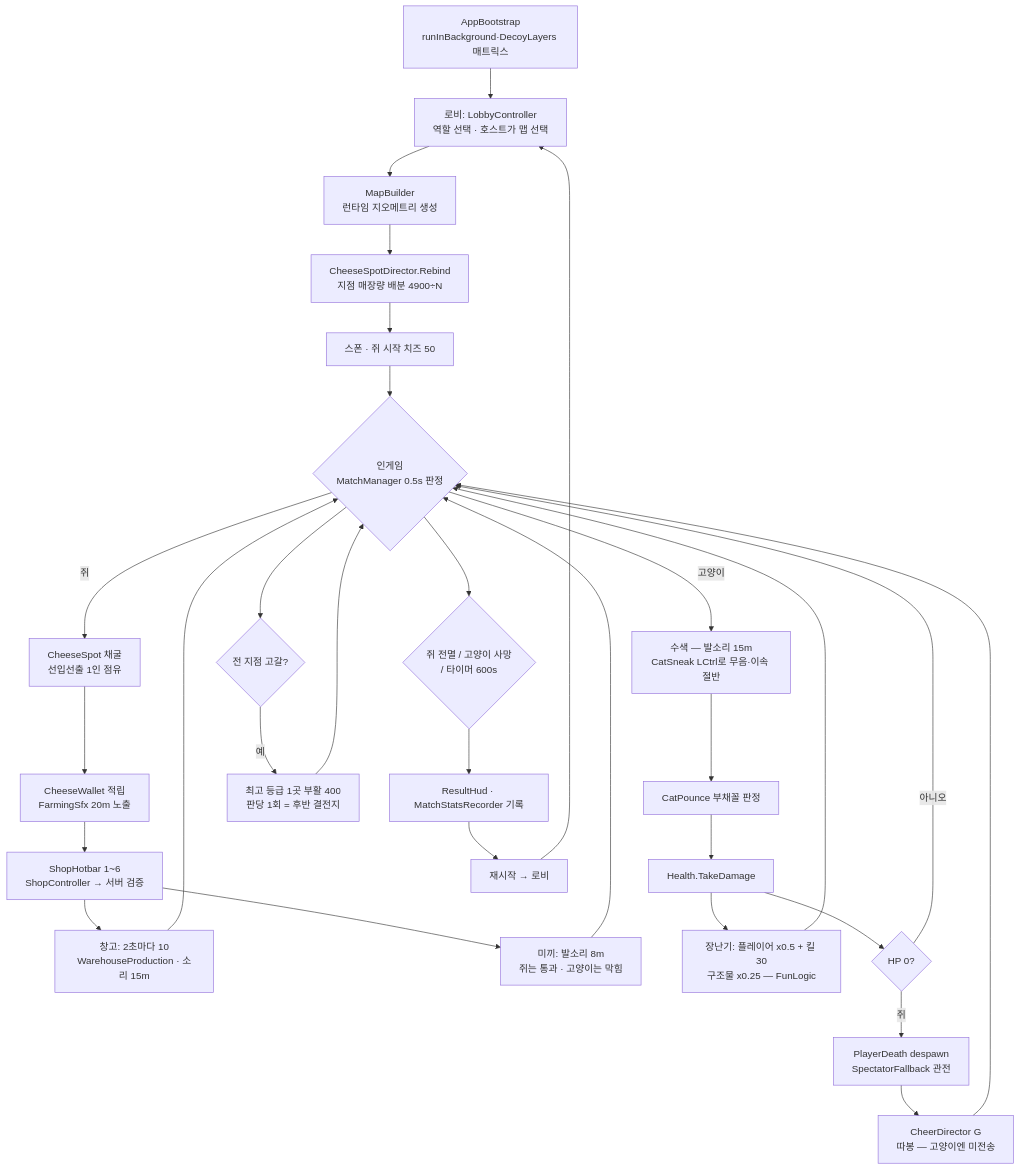
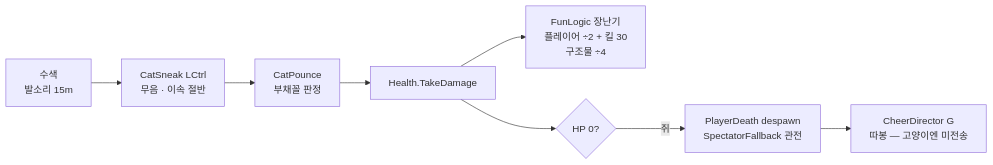
The third of 10 diagrams in CTC/docs/design-vault/코드 다이어그램.md (JeahanPark/The-Cheese-Thief-and-the-Cat), drawn with Mermaid before and after one commit. The commit also changed other lines of this file and 5 other files, not shown here.

First line of the commit message:
docs(vault): 다이어그램을 노트 폭에 맞게 쪼개고 CSS 스니펫 추가

````diff
--- a/CTC/docs/design-vault/코드 다이어그램.md
+++ b/CTC/docs/design-vault/코드 다이어그램.md
@@ -17,38 +44,10 @@
 ```mermaid
-flowchart TD
-    Boot[AppBootstrap<br/>runInBackground·DecoyLayers 매트릭스] --> Lobby
-
-    Lobby[로비: LobbyController<br/>역할 선택 · 호스트가 맵 선택] --> Build[MapBuilder<br/>런타임 지오메트리 생성]
-    Build --> Rebind[CheeseSpotDirector.Rebind<br/>지점 매장량 배분 4900÷N]
-    Rebind --> Spawn[스폰 · 쥐 시작 치즈 50]
-    Spawn --> Loop{인게임<br/>MatchManager 0.5s 판정}
-
-    Loop -->|쥐| Farm[CheeseSpot 채굴<br/>선입선출 1인 점유]
-    Farm --> Wallet[CheeseWallet 적립<br/>FarmingSfx 20m 노출]
-    Wallet --> Buy[ShopHotbar 1~6<br/>ShopController → 서버 검증]
-    Buy --> Ware[창고: 2초마다 10<br/>WarehouseProduction · 소리 15m]
-    Buy --> Decoy[미끼: 발소리 8m<br/>쥐는 통과 · 고양이는 막힘]
-    Ware --> Loop
-    Decoy --> Loop
-
-    Loop -->|고양이| Hunt[수색 — 발소리 15m<br/>CatSneak LCtrl로 무음·이속 절반]
-    Hunt --> Pounce[CatPounce 부채꼴 판정]
+flowchart LR
+    Hunt[수색<br/>발소리 15m] --> Sneak[CatSneak LCtrl<br/>무음 · 이속 절반]
+    Sneak --> Pounce[CatPounce<br/>부채꼴 판정]
     Pounce --> Dmg[Health.TakeDamage]
-    Dmg --> Fun[장난기: 플레이어 x0.5 + 킬 30<br/>구조물 x0.25 — FunLogic]
-    Fun --> Loop
-
+    Dmg --> Fun[FunLogic 장난기<br/>플레이어 ÷2 + 킬 30<br/>구조물 ÷4]
     Dmg --> Dead{HP 0?}
     Dead -->|쥐| Out[PlayerDeath despawn<br/>SpectatorFallback 관전]
     Out --> Cheer[CheerDirector G<br/>따봉 — 고양이엔 미전송]
-    Cheer --> Loop
-    Dead -->|아니오| Loop
-
-    Loop --> Dry{전 지점 고갈?}
-    Dry -->|예| Revive[최고 등급 1곳 부활 400<br/>판당 1회 = 후반 결전지]
-    Revive --> Loop
-
-    Loop --> End{쥐 전멸 / 고양이 사망<br/>/ 타이머 600s}
-    End --> Result[ResultHud · MatchStatsRecorder 기록]
-    Result --> Restart[재시작 → 로비]
-    Restart --> Lobby
 ```
````
